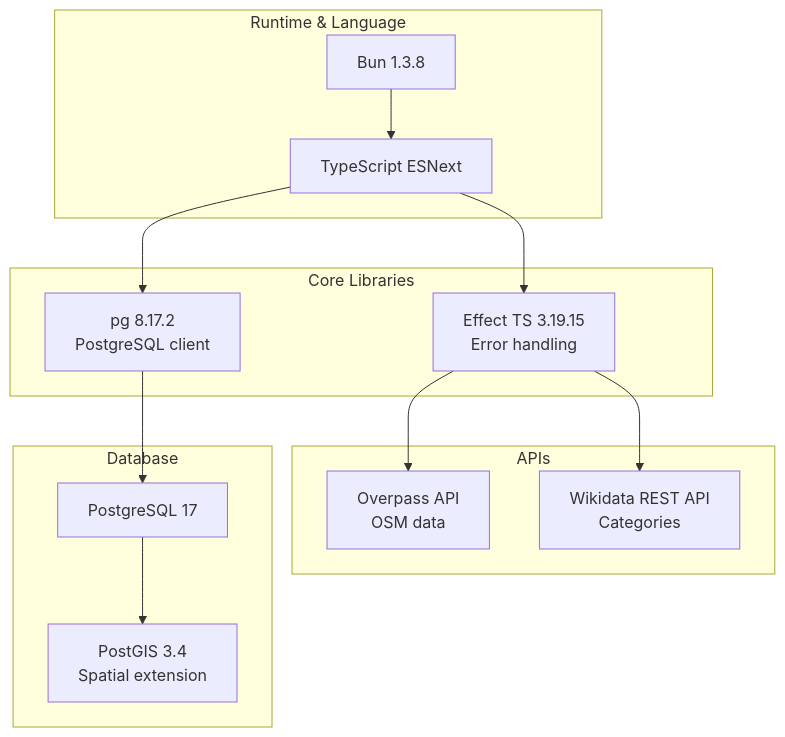
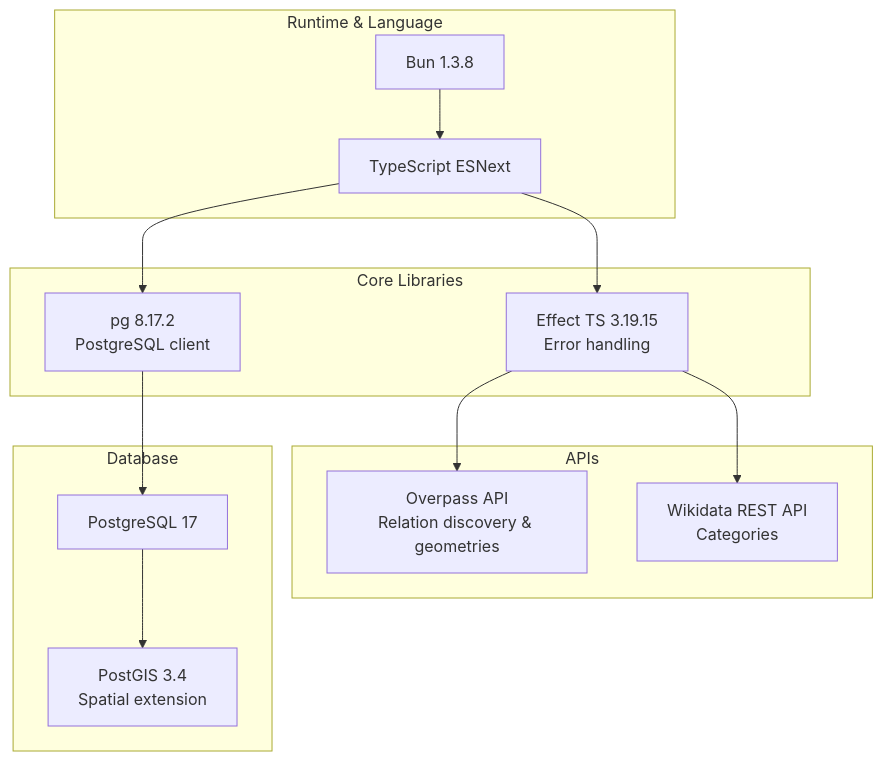
Before and after one commit to DaxServer/geocode-commons-categories: the ninth of 9 diagrams in docs/import/architecture.md, drawn with Mermaid. The commit also changed other lines of this file and 12 other files, not shown here.

````diff
--- a/docs/import/architecture.md
+++ b/docs/import/architecture.md
@@ -391,33 +314,32 @@
 ```mermaid
 graph TB
     subgraph "Runtime & Language"
         BUN[Bun 1.3.8]
         TS[TypeScript ESNext]
     end
 
     subgraph "Core Libraries"
         EFFECT[Effect TS 3.19.15<br/>Error handling]
         PG[pg 8.17.2<br/>PostgreSQL client]
     end
 
     subgraph "APIs"
-        OVERPASS_API[Overpass API<br/>OSM data]
+        OVERPASS_API[Overpass API<br/>Relation discovery & geometries]
         WIKIDATA_API[Wikidata REST API<br/>Categories]
     end
 
     subgraph "Database"
         POSTGRES_DB[PostgreSQL 17]
         POSTGIS[PostGIS 3.4<br/>Spatial extension]
     end
 
     BUN --> TS
     TS --> EFFECT
     TS --> PG
 
     EFFECT --> OVERPASS_API
     EFFECT --> WIKIDATA_API
 
     PG --> POSTGRES_DB
     POSTGRES_DB --> POSTGIS
-
 ```
````
